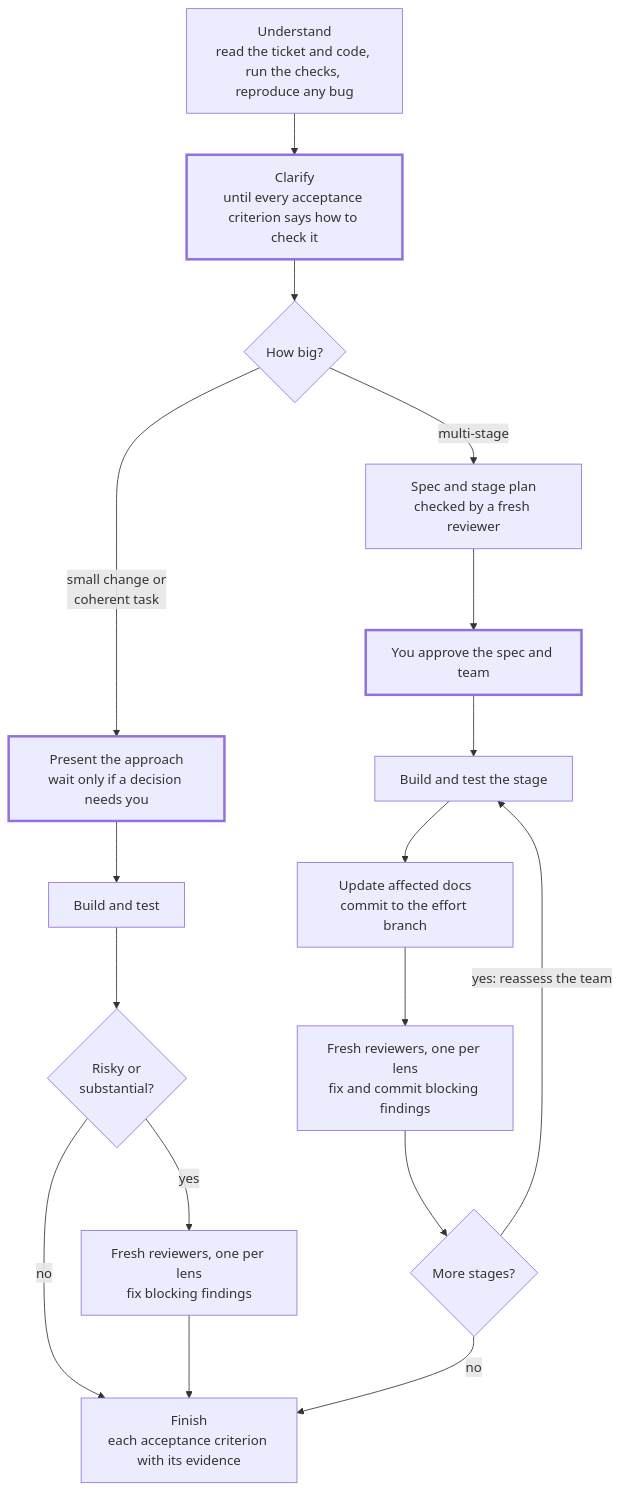
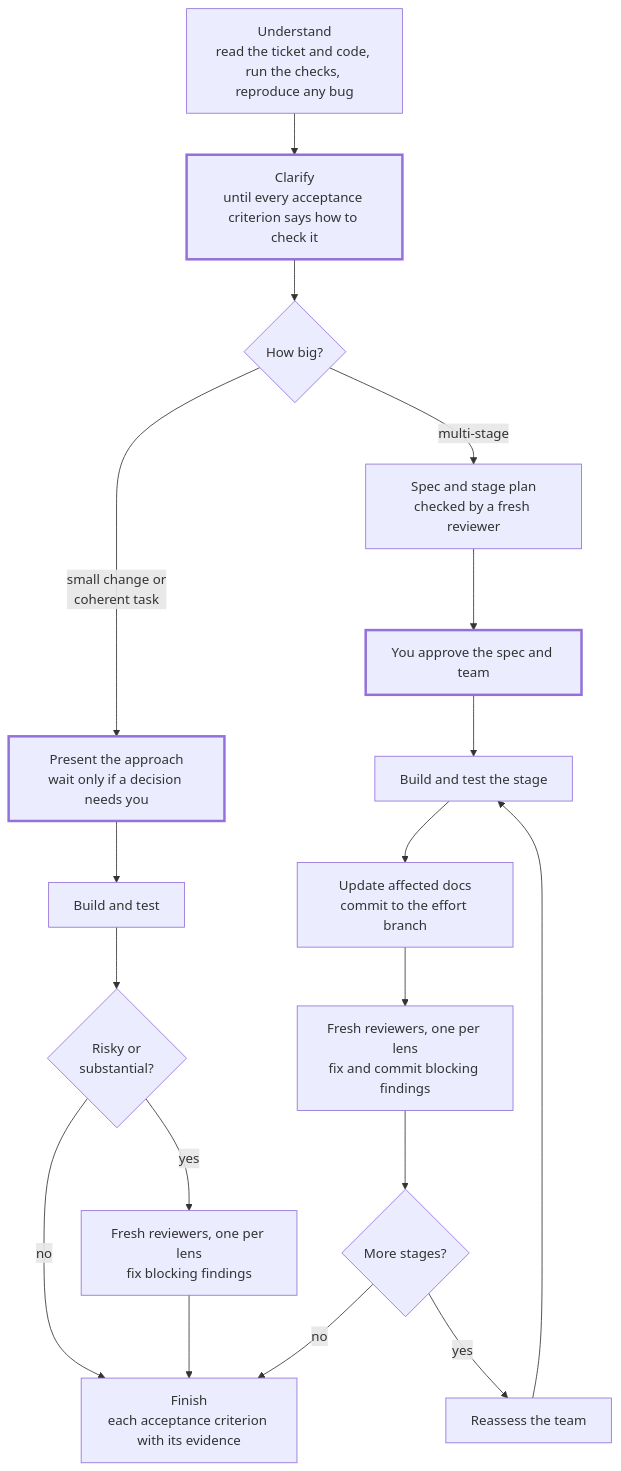
The diagram in do-my-work/README.md (dipsylala/skills), drawn with Mermaid before and after one commit.

Commit message:
Give "reassess the team" its own box in the README diagram
The "More stages?" yes edge now carries only "yes" and leads to an
action box, matching how the other steps are drawn.

````diff
--- a/do-my-work/README.md
+++ b/do-my-work/README.md
@@ -51,37 +51,39 @@
 ```mermaid
 flowchart TD
     U["Understand<br/>read the ticket and code, run the checks, reproduce any bug"]
     C["Clarify<br/>until every acceptance criterion says how to check it"]
     Size{"How big?"}
     Plan["Present the approach<br/>wait only if a decision needs you"]
     Build["Build and test"]
     Risky{"Risky or<br/>substantial?"}
     Review["Fresh reviewers, one per lens<br/>fix blocking findings"]
     Spec["Spec and stage plan<br/>checked by a fresh reviewer"]
     Approve["You approve the spec and team"]
     Stage["Build and test the stage"]
     Commit["Update affected docs<br/>commit to the effort branch"]
     StageReview["Fresh reviewers, one per lens<br/>fix and commit blocking findings"]
     More{"More stages?"}
+    Reassess["Reassess the team"]
     Finish["Finish<br/>each acceptance criterion with its evidence"]
 
     U --> C
     C --> Size
     Size -- "small change or<br/>coherent task" --> Plan
     Plan --> Build
     Build --> Risky
     Risky -- yes --> Review
     Risky -- no --> Finish
     Review --> Finish
     Size -- multi-stage --> Spec
     Spec --> Approve
     Approve --> Stage
     Stage --> Commit
     Commit --> StageReview
     StageReview --> More
-    More -- "yes: reassess the team" --> Stage
+    More -- yes --> Reassess
+    Reassess --> Stage
     More -- no --> Finish
 
     classDef you stroke-width:3px
     class C,Plan,Approve you
 ```
````
